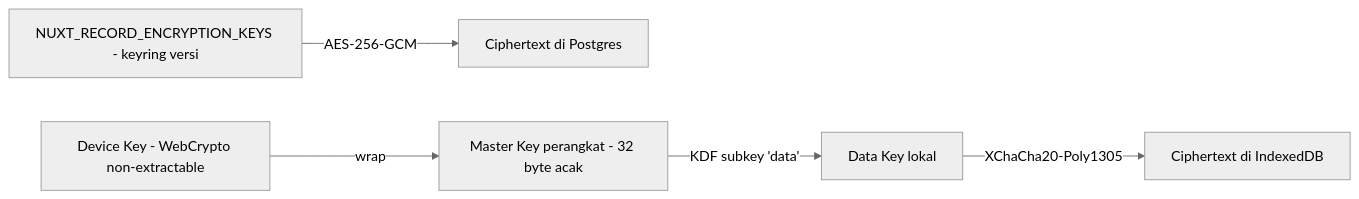
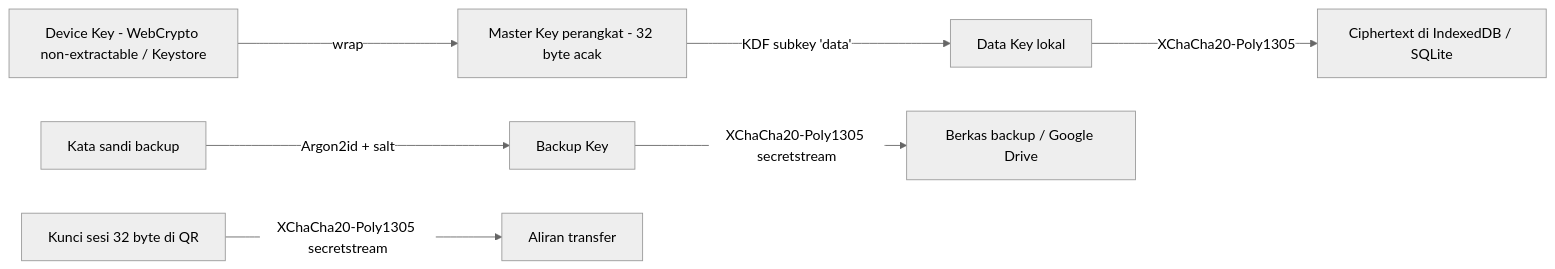
One commit to rijalsolahudin/improve-personal-web changed the third of 4 diagrams in ARCHITECTURE.md. Above: the diagram before and after it, drawn with Mermaid (neutral theme). The commit also changed other lines of this file and 78 other files, not shown here.

````diff
--- a/ARCHITECTURE.md
+++ b/ARCHITECTURE.md
@@ -214,7 +224,9 @@
 ```mermaid
 flowchart LR
-  ENV[NUXT_RECORD_ENCRYPTION_KEYS - keyring versi] -->|AES-256-GCM| SRV[Ciphertext di Postgres]
   MK[Master Key perangkat - 32 byte acak] -->|KDF subkey 'data'| DK[Data Key lokal]
-  DK -->|XChaCha20-Poly1305| IDB[Ciphertext di IndexedDB]
-  DEV[Device Key - WebCrypto non-extractable] -->|wrap| MK
+  DK -->|XChaCha20-Poly1305| IDB[Ciphertext di IndexedDB / SQLite]
+  DEV[Device Key - WebCrypto non-extractable / Keystore] -->|wrap| MK
+  PW[Kata sandi backup] -->|Argon2id + salt| BK[Backup Key]
+  BK -->|XChaCha20-Poly1305 secretstream| BF[Berkas backup / Google Drive]
+  QR[Kunci sesi 32 byte di QR] -->|XChaCha20-Poly1305 secretstream| TX[Aliran transfer]
 ```
````
